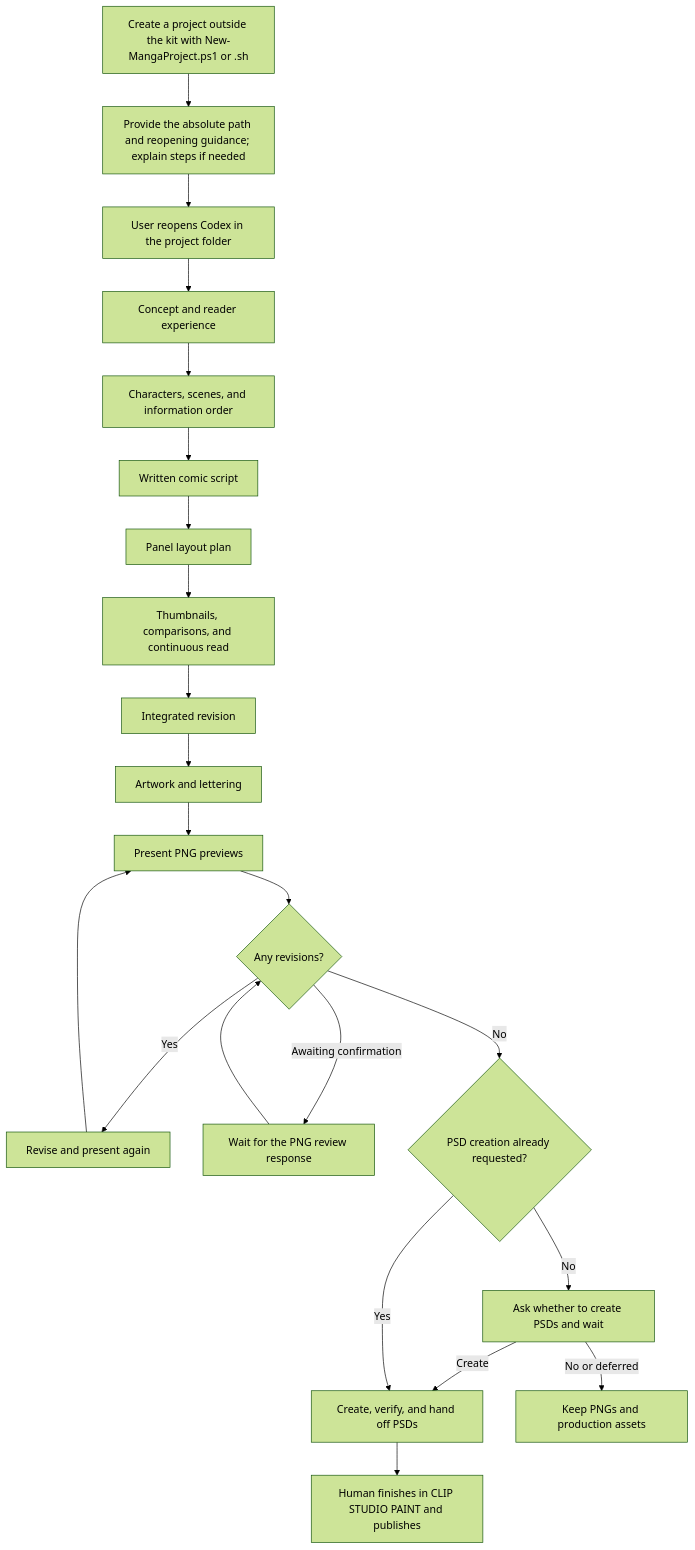
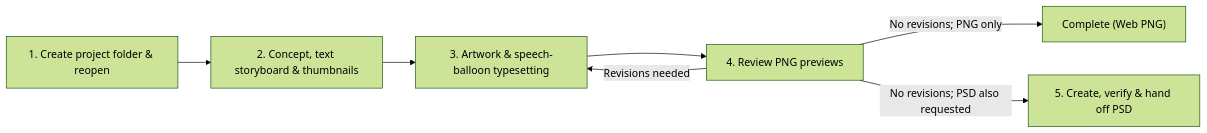
The diagram in README.md (potechitakusan/MangaAgentsStudio-A-Eng), drawn with Mermaid (forest theme) before and after one commit. The commit also changed other lines of this file and 140 other files, not shown here.

````diff
--- a/README.md
+++ b/README.md
@@ -27,24 +199,9 @@
 ```mermaid
-flowchart TD
-    P["Create a project outside the kit with New-MangaProject.ps1 or .sh"] --> Q["Provide the absolute path and reopening guidance; explain steps if needed"]
-    Q --> R["User reopens Codex in the project folder"]
-    R --> A
-    A["Concept and reader experience"] --> B["Characters, scenes, and information order"]
-    B --> C["Written comic script"]
-    C --> C1["Panel layout plan"]
-    C1 --> D["Thumbnails, comparisons, and continuous read"]
-    D --> E["Integrated revision"]
-    E --> F["Artwork and lettering"]
-    F --> G["Present PNG previews"]
-    G --> H{"Any revisions?"}
-    H -->|Yes| I["Revise and present again"]
-    I --> G
-    H -->|Awaiting confirmation| O["Wait for the PNG review response"]
-    O --> H
-    H -->|No| J{"PSD creation already requested?"}
-    J -->|No| K["Ask whether to create PSDs and wait"]
-    K -->|Create| L["Create, verify, and hand off PSDs"]
-    J -->|Yes| L
-    K -->|No or deferred| M["Keep PNGs and production assets"]
-    L --> N["Human finishes in CLIP STUDIO PAINT and publishes"]
+flowchart LR
+    P["1. Create project folder & reopen"] --> A["2. Concept, text storyboard & thumbnails"]
+    A --> F["3. Artwork & speech-balloon typesetting"]
+    F --> G["4. Review PNG previews"]
+    G -->|Revisions needed| F
+    G -->|No revisions; PNG only| M["Complete (Web PNG)"]
+    G -->|No revisions; PSD also requested| L["5. Create, verify & hand off PSD"]
 ```
````
